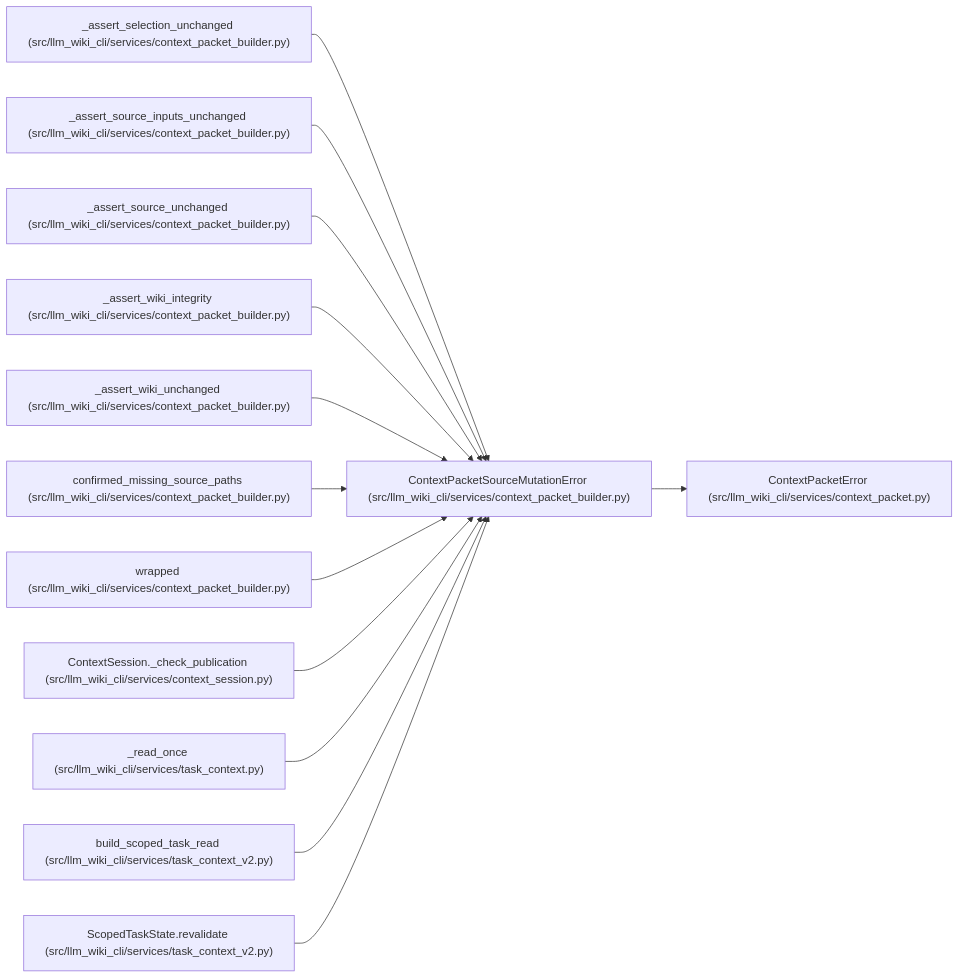
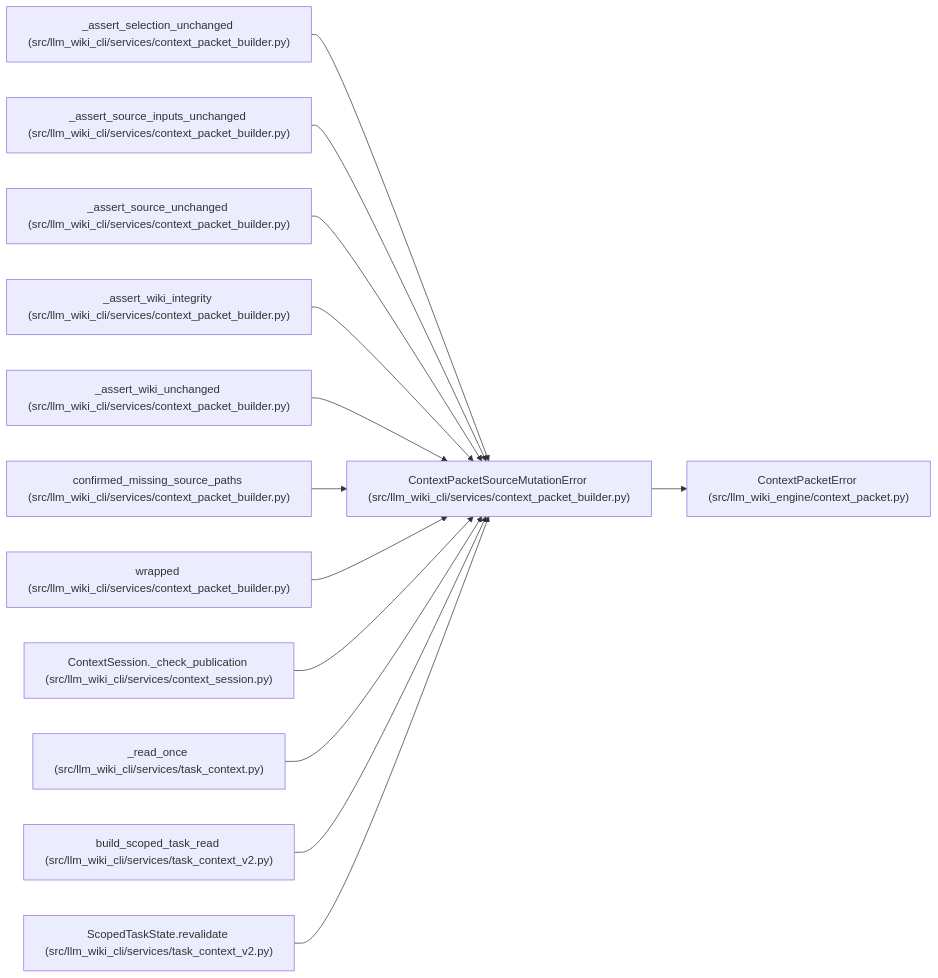
The diagram in docs/llm_wiki/entities/ContextPacketSourceMutationError.md (Denissvgn/python-wiki-llm), drawn with Mermaid before and after one commit. The commit also changed other lines of this file and 577 other files, not shown here.

Commit message:
docs: refresh the wiki for the engine context packet

````diff
--- a/docs/llm_wiki/entities/ContextPacketSourceMutationError.md
+++ b/docs/llm_wiki/entities/ContextPacketSourceMutationError.md
@@ -25,41 +25,41 @@
 ```mermaid
 flowchart LR
     n0["ContextPacketSourceMutationError (src/llm_wiki_cli/services/context_packet_builder.py)"]
-    n1["ContextPacketError (src/llm_wiki_cli/services/context_packet.py)"]
+    n1["ContextPacketError (src/llm_wiki_engine/context_packet.py)"]
     n2["_assert_selection_unchanged (src/llm_wiki_cli/services/context_packet_builder.py)"]
     n3["_assert_source_inputs_unchanged (src/llm_wiki_cli/services/context_packet_builder.py)"]
     n4["_assert_source_unchanged (src/llm_wiki_cli/services/context_packet_builder.py)"]
     n5["_assert_wiki_integrity (src/llm_wiki_cli/services/context_packet_builder.py)"]
     n6["_assert_wiki_unchanged (src/llm_wiki_cli/services/context_packet_builder.py)"]
     n7["confirmed_missing_source_paths (src/llm_wiki_cli/services/context_packet_builder.py)"]
     n8["wrapped (src/llm_wiki_cli/services/context_packet_builder.py)"]
     n9["ContextSession._check_publication (src/llm_wiki_cli/services/context_session.py)"]
     n10["_read_once (src/llm_wiki_cli/services/task_context.py)"]
     n11["build_scoped_task_read (src/llm_wiki_cli/services/task_context_v2.py)"]
     n12["ScopedTaskState.revalidate (src/llm_wiki_cli/services/task_context_v2.py)"]
     n0 --> n1
     n2 --> n0
     n3 --> n0
     n4 --> n0
     n5 --> n0
     n6 --> n0
     n7 --> n0
     n8 --> n0
     n9 --> n0
     n10 --> n0
     n11 --> n0
     n12 --> n0
     click n0 "../modules/context_packet_builder.md"
     click n1 "../modules/context_packet.md"
     click n2 "../modules/context_packet_builder.md"
     click n3 "../modules/context_packet_builder.md"
     click n4 "../modules/context_packet_builder.md"
     click n5 "../modules/context_packet_builder.md"
     click n6 "../modules/context_packet_builder.md"
     click n7 "../modules/context_packet_builder.md"
     click n8 "../modules/context_packet_builder.md"
     click n9 "../modules/context_session.md"
     click n10 "../modules/task_context.md"
     click n11 "../modules/task_context_v2.md"
     click n12 "../modules/task_context_v2.md"
 ```
````
